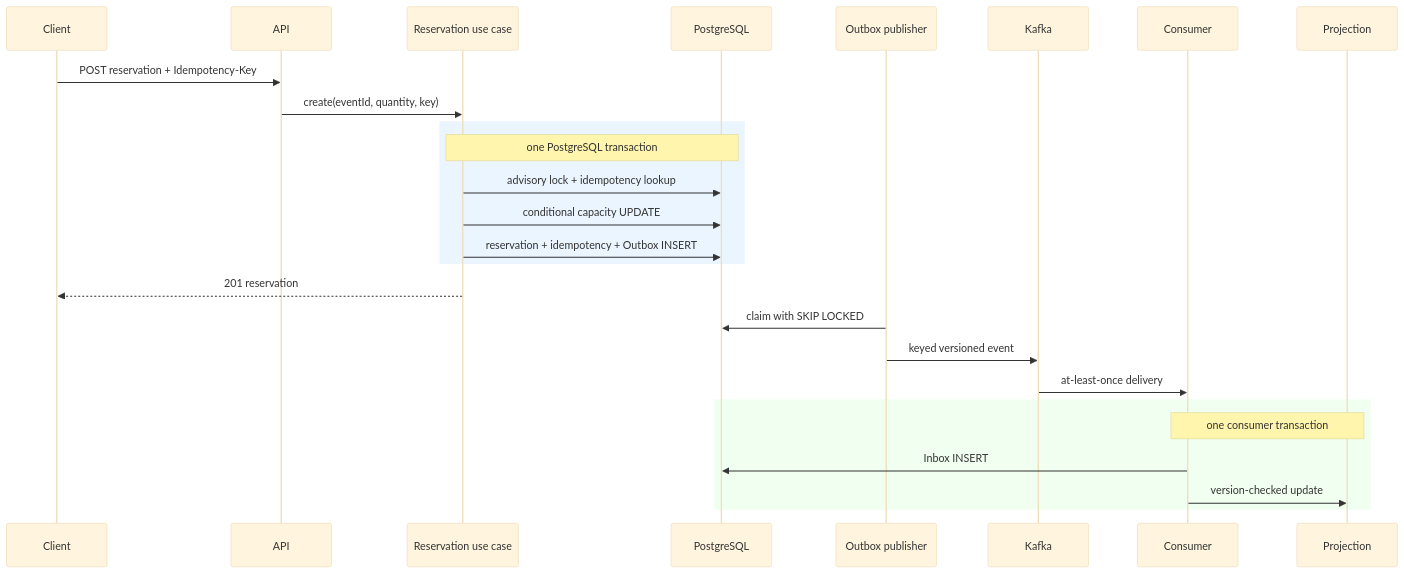
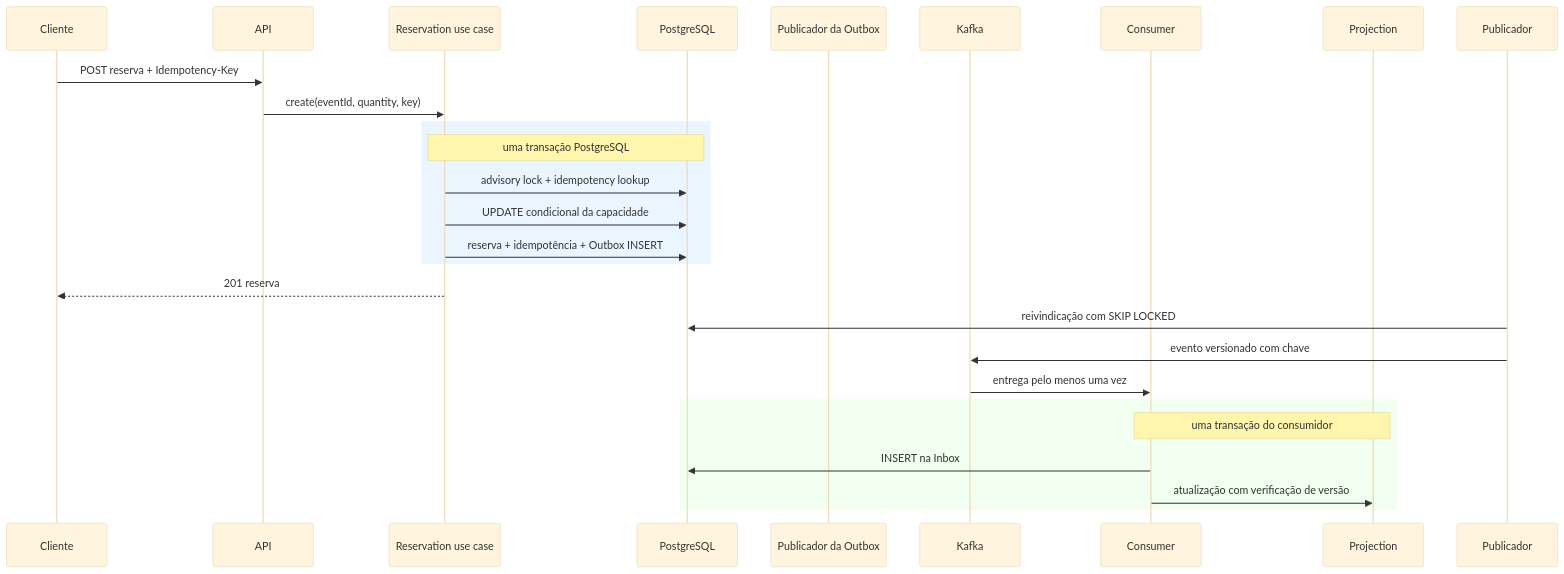
Before and after one commit to hubsouzasolucoes/flash-booking: the second of 2 diagrams in docs/architecture.md, drawn with Mermaid (base theme). The commit also changed other lines of this file and 22 other files, not shown here.

````diff
--- a/docs/architecture.md
+++ b/docs/architecture.md
@@ -45,28 +46,28 @@
 ```mermaid
 sequenceDiagram
-  participant Client
+  participant Cliente
   participant API
   participant UseCase as Reservation use case
   participant PG as PostgreSQL
-  participant Publisher as Outbox publisher
+  participant Publisher as Publicador da Outbox
   participant Kafka
   participant Consumer
   participant Projection
-  Client->>API: POST reservation + Idempotency-Key
+  Cliente->>API: POST reserva + Idempotency-Key
   API->>UseCase: create(eventId, quantity, key)
   rect rgb(235,245,255)
-    Note over UseCase,PG: one PostgreSQL transaction
+    Note over UseCase,PG: uma transação PostgreSQL
     UseCase->>PG: advisory lock + idempotency lookup
-    UseCase->>PG: conditional capacity UPDATE
-    UseCase->>PG: reservation + idempotency + Outbox INSERT
+    UseCase->>PG: UPDATE condicional da capacidade
+    UseCase->>PG: reserva + idempotência + Outbox INSERT
   end
-  UseCase-->>Client: 201 reservation
-  Publisher->>PG: claim with SKIP LOCKED
-  Publisher->>Kafka: keyed versioned event
-  Kafka->>Consumer: at-least-once delivery
+  UseCase-->>Cliente: 201 reserva
+  Publicador->>PG: reivindicação com SKIP LOCKED
+  Publicador->>Kafka: evento versionado com chave
+  Kafka->>Consumer: entrega pelo menos uma vez
   rect rgb(240,255,240)
-    Note over Consumer,Projection: one consumer transaction
-    Consumer->>PG: Inbox INSERT
-    Consumer->>Projection: version-checked update
+    Note over Consumer,Projection: uma transação do consumidor
+    Consumer->>PG: INSERT na Inbox
+    Consumer->>Projection: atualização com verificação de versão
   end
 ```
````
